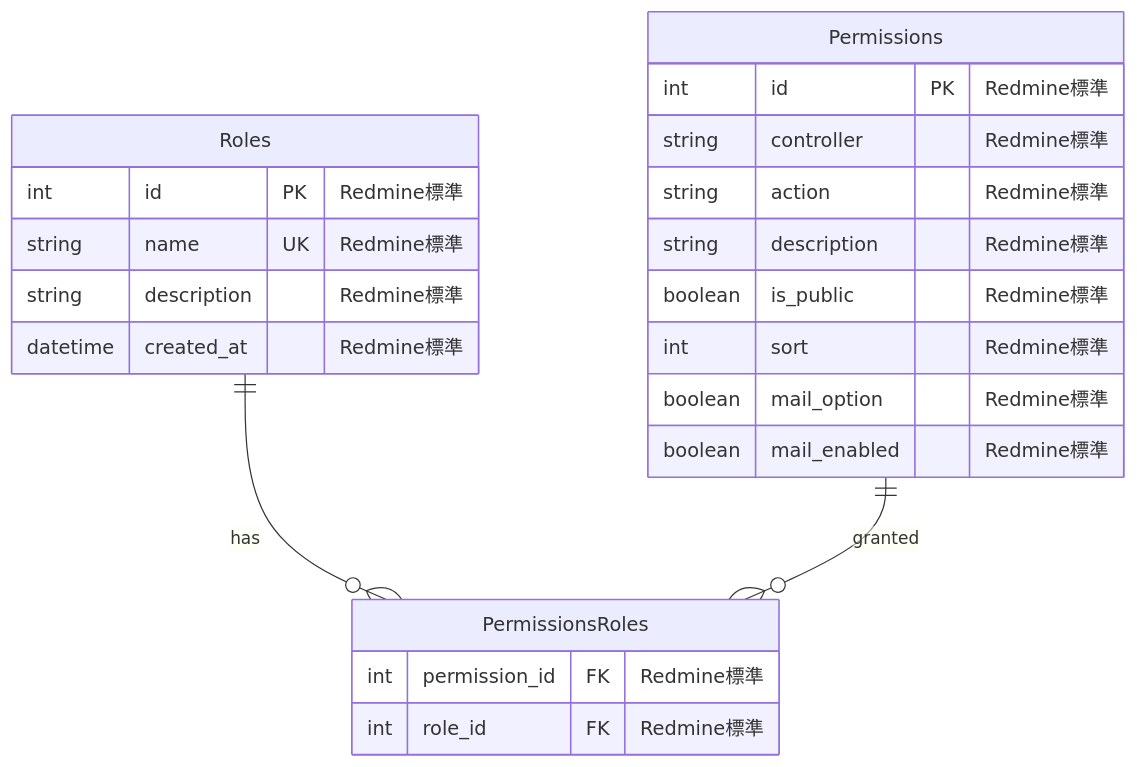
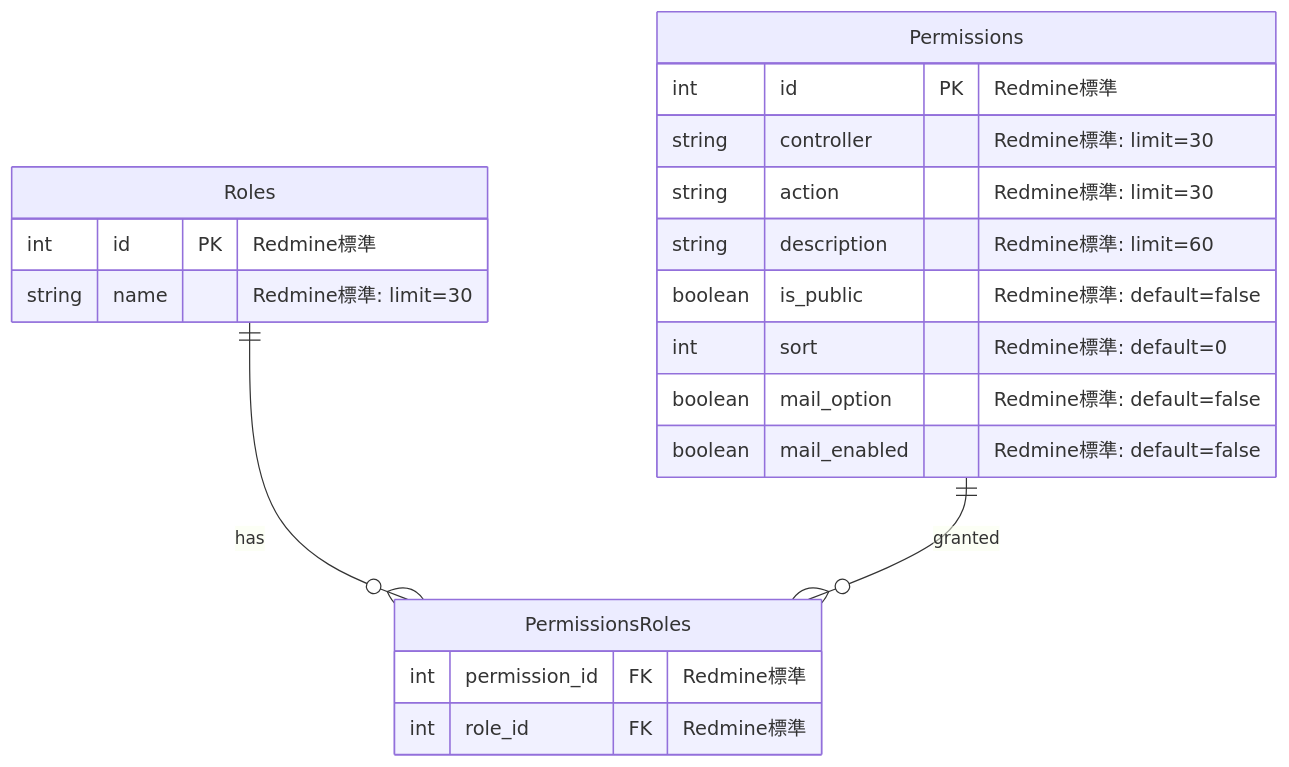
Before and after one commit to daichiTAAA/AgentOpsPlatform: the second of 15 diagrams in docs/030000_設計/035000_データ設計/035010_ER図.md, drawn with Mermaid. The commit also changed other lines of this file, not shown here.

````diff
--- a/docs/030000_設計/035000_データ設計/035010_ER図.md
+++ b/docs/030000_設計/035000_データ設計/035010_ER図.md
@@ -168,28 +169,26 @@
 ```mermaid
 erDiagram
     Roles {
         int id PK "Redmine標準"
-        string name UK "Redmine標準"
-        string description "Redmine標準"
-        datetime created_at "Redmine標準"
+        string name "Redmine標準: limit=30"
     }
     
     Permissions {
         int id PK "Redmine標準"
-        string controller "Redmine標準"
-        string action "Redmine標準" 
-        string description "Redmine標準"
-        boolean is_public "Redmine標準"
-        int sort "Redmine標準"
-        boolean mail_option "Redmine標準"
-        boolean mail_enabled "Redmine標準"
+        string controller "Redmine標準: limit=30"
+        string action "Redmine標準: limit=30" 
+        string description "Redmine標準: limit=60"
+        boolean is_public "Redmine標準: default=false"
+        int sort "Redmine標準: default=0"
+        boolean mail_option "Redmine標準: default=false"
+        boolean mail_enabled "Redmine標準: default=false"
     }
     
     PermissionsRoles {
         int permission_id FK "Redmine標準"
         int role_id FK "Redmine標準"
     }
 
     Roles ||--o{ PermissionsRoles : has
     Permissions ||--o{ PermissionsRoles : granted
 ```
````
